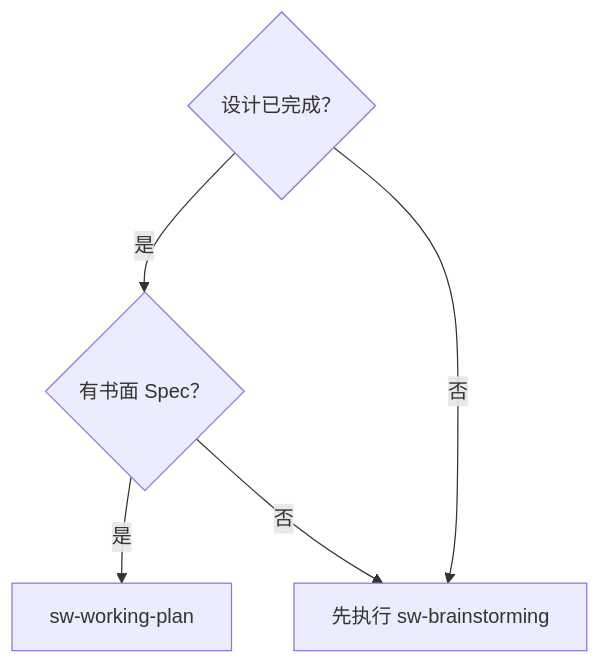
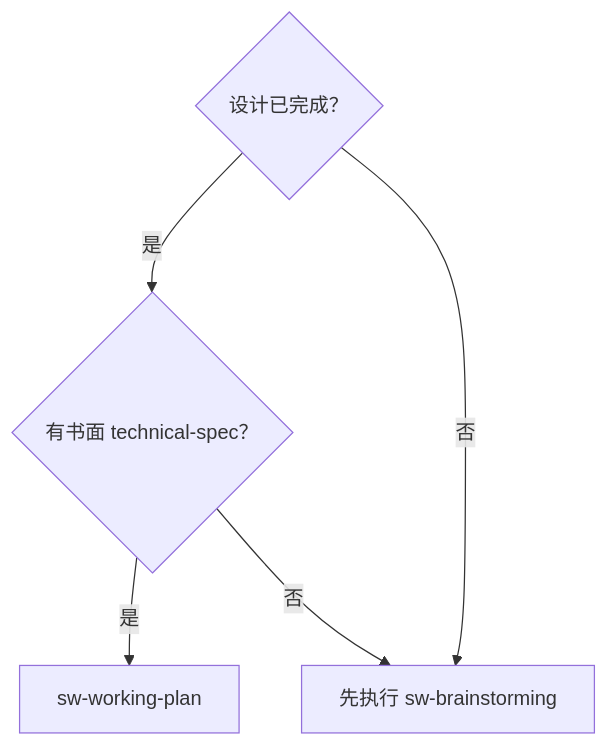
One commit to vaycentsun/sw-agiledevelopment changed the first of 2 diagrams in sw-working-plan/SKILL.md. Above: the diagram before and after it, drawn with Mermaid. The commit also changed other lines of this file and 6 other files, not shown here.

````diff
--- a/sw-working-plan/SKILL.md
+++ b/sw-working-plan/SKILL.md
@@ -42,7 +42,7 @@
 ```mermaid
 flowchart TD
-    A{设计已完成？} -->|是| B{有书面 Spec？}
+    A{设计已完成？} -->|是| B{有书面 technical-spec？}
     A -->|否| C[先执行 sw-brainstorming]
     B -->|是| D[sw-working-plan]
     B -->|否| C
 ```
````
